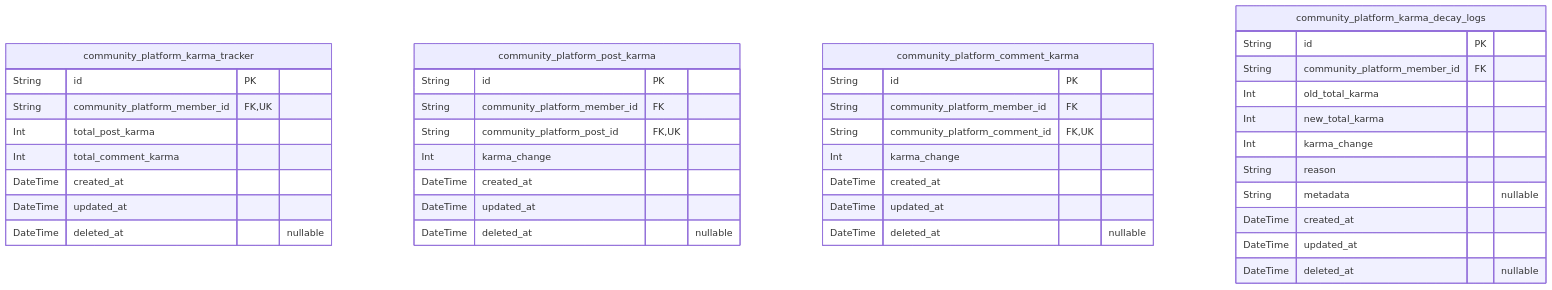
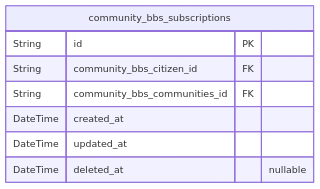
The seventh of 10 diagrams in qwen/qwen3-next-80b-a3b-instruct/reddit/docs/ERD.md (wrtnlabs/autobe-examples), drawn with Mermaid before and after one commit. The commit also changed other lines of this file and 7173 other files, not shown here.

````diff
--- a/qwen/qwen3-next-80b-a3b-instruct/reddit/docs/ERD.md
+++ b/qwen/qwen3-next-80b-a3b-instruct/reddit/docs/ERD.md
@@ -2756,42 +1226,11 @@
 ```mermaid
 erDiagram
-"community_platform_karma_tracker" {
+"community_bbs_subscriptions" {
   String id PK
-  String community_platform_member_id FK,UK
-  Int total_post_karma
-  Int total_comment_karma
-  DateTime created_at
-  DateTime updated_at
-  DateTime deleted_at "nullable"
-}
-"community_platform_post_karma" {
-  String id PK
-  String community_platform_member_id FK
-  String community_platform_post_id FK,UK
-  Int karma_change
-  DateTime created_at
-  DateTime updated_at
-  DateTime deleted_at "nullable"
-}
-"community_platform_comment_karma" {
-  String id PK
-  String community_platform_member_id FK
-  String community_platform_comment_id FK,UK
-  Int karma_change
-  DateTime created_at
-  DateTime updated_at
-  DateTime deleted_at "nullable"
-}
-"community_platform_karma_decay_logs" {
-  String id PK
-  String community_platform_member_id FK
-  Int old_total_karma
-  Int new_total_karma
-  Int karma_change
-  String reason
-  String metadata "nullable"
+  String community_bbs_citizen_id FK
+  String community_bbs_communities_id FK
   DateTime created_at
   DateTime updated_at
   DateTime deleted_at "nullable"
 }
 ```
````
